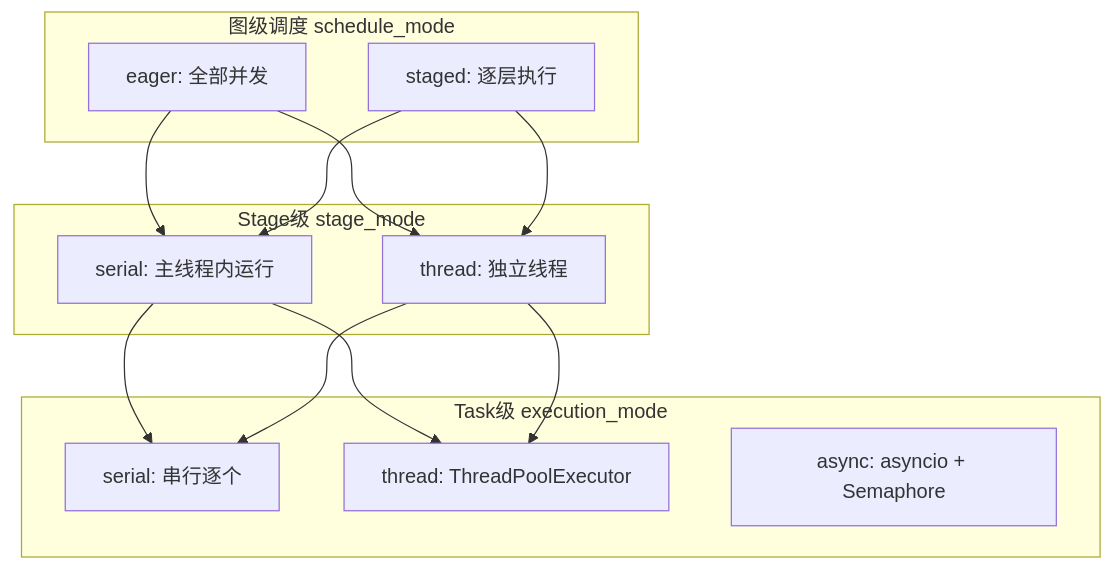
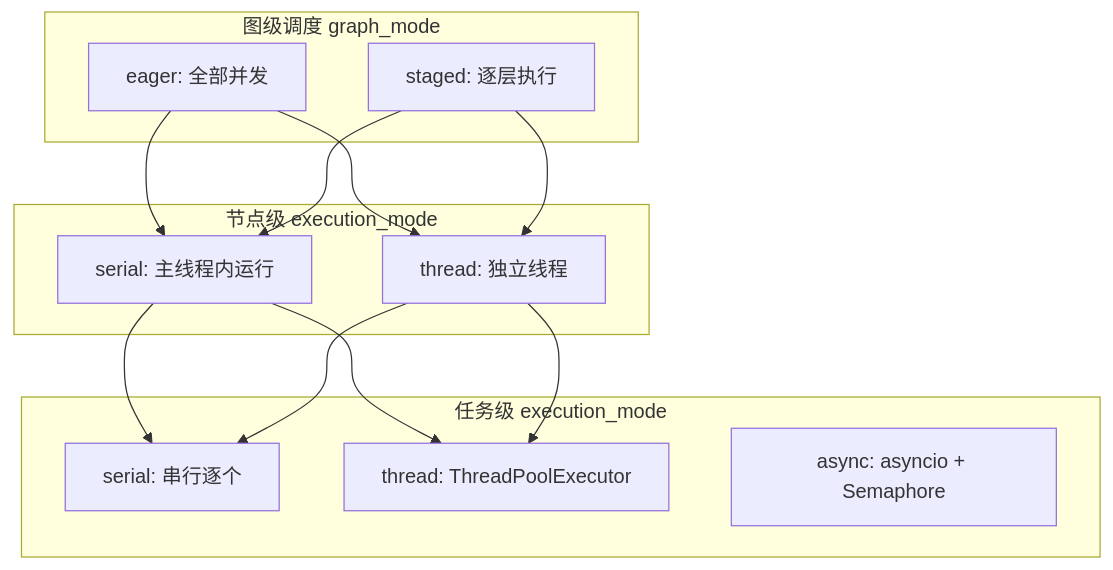
Before and after one commit to Mr-xiaotian/CelestialFlow: the fourth of 9 diagrams in docs/zh-CN/presentation.md, drawn with Mermaid. The commit also changed other lines of this file and 80 other files, not shown here.

````diff
--- a/docs/zh-CN/presentation.md
+++ b/docs/zh-CN/presentation.md
@@ -216,27 +215,27 @@
 ```mermaid
 graph TD
-    subgraph 图级调度 schedule_mode
+    subgraph 图级调度 graph_mode
         A[eager: 全部并发]
         B[staged: 逐层执行]
     end
 
-    subgraph Stage级 stage_mode
+    subgraph 节点级 execution_mode
         C[serial: 主线程内运行]
         D[thread: 独立线程]
     end
 
-    subgraph Task级 execution_mode
+    subgraph 任务级 execution_mode
         E[serial: 串行逐个]
         F[thread: ThreadPoolExecutor]
         H[async: asyncio + Semaphore]
     end
 
     A --> C
     A --> D
     B --> C
     B --> D
     C --> E
     C --> F
     D --> E
     D --> F
 ```
````
